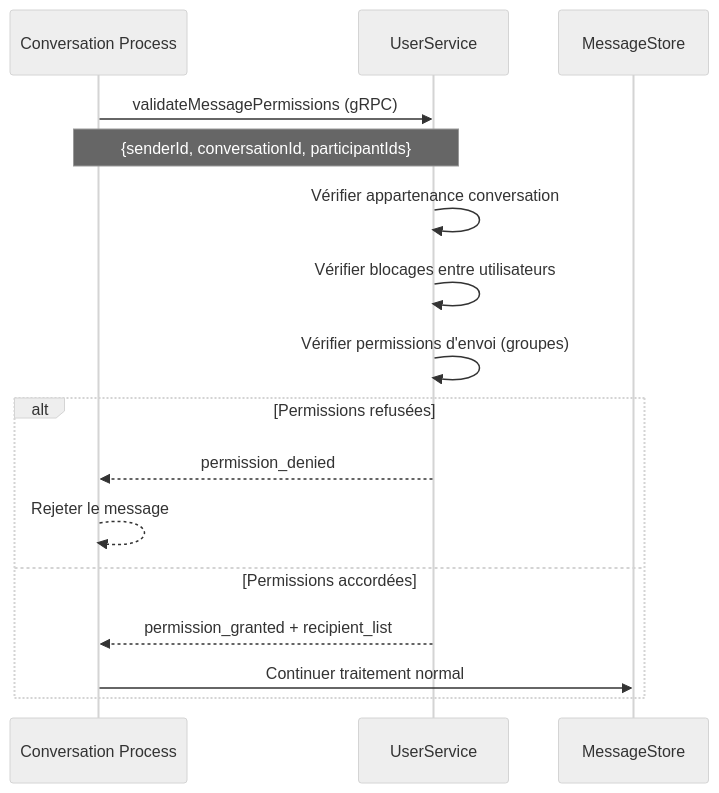
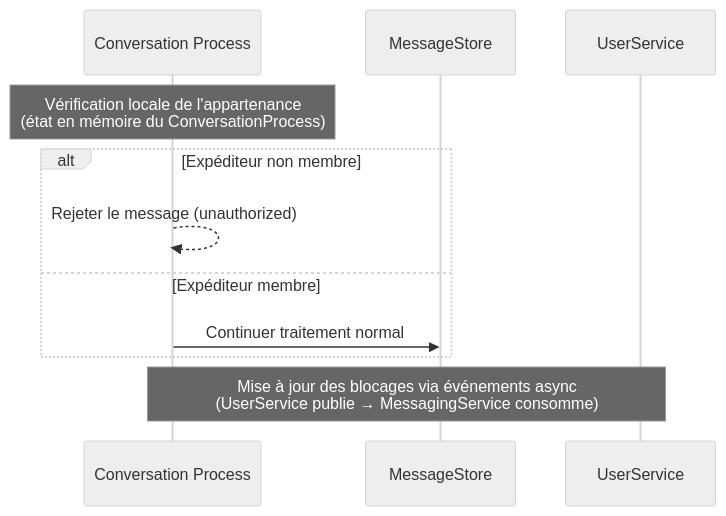
One commit to whispr-messenger/messaging-service changed diagram 12 of 14 in documentation/src/2_fonctional_specs/2_messages_transmission.md. Above: the diagram before and after it, drawn with Mermaid (neutral theme). The commit also changed other lines of this file and 1 other file, not shown here.

First line of the commit message:
docs: align inter-service call specs with bounded context principles

````diff
--- a/documentation/src/2_fonctional_specs/2_messages_transmission.md
+++ b/documentation/src/2_fonctional_specs/2_messages_transmission.md
@@ -528,21 +532,16 @@
 ```mermaid
 sequenceDiagram
     participant ConvProcess as Conversation Process
+    participant MessageStore
     participant UserService
-    participant MessageStore
-    
-    ConvProcess->>UserService: validateMessagePermissions (gRPC)
-    Note over ConvProcess,UserService: {senderId, conversationId, participantIds}
-    
-    UserService->>UserService: Vérifier appartenance conversation
-    UserService->>UserService: Vérifier blocages entre utilisateurs
-    UserService->>UserService: Vérifier permissions d'envoi (groupes)
-    
-    alt Permissions refusées
-        UserService-->>ConvProcess: permission_denied
-        ConvProcess-->>ConvProcess: Rejeter le message
-    else Permissions accordées
-        UserService-->>ConvProcess: permission_granted + recipient_list
+
+    Note over ConvProcess: Vérification locale de l'appartenance<br/>(état en mémoire du ConversationProcess)
+
+    alt Expéditeur non membre
+        ConvProcess-->>ConvProcess: Rejeter le message (unauthorized)
+    else Expéditeur membre
         ConvProcess->>MessageStore: Continuer traitement normal
     end
+
+    Note over UserService,ConvProcess: Mise à jour des blocages via événements async<br/>(UserService publie → MessagingService consomme)
 ```
````
